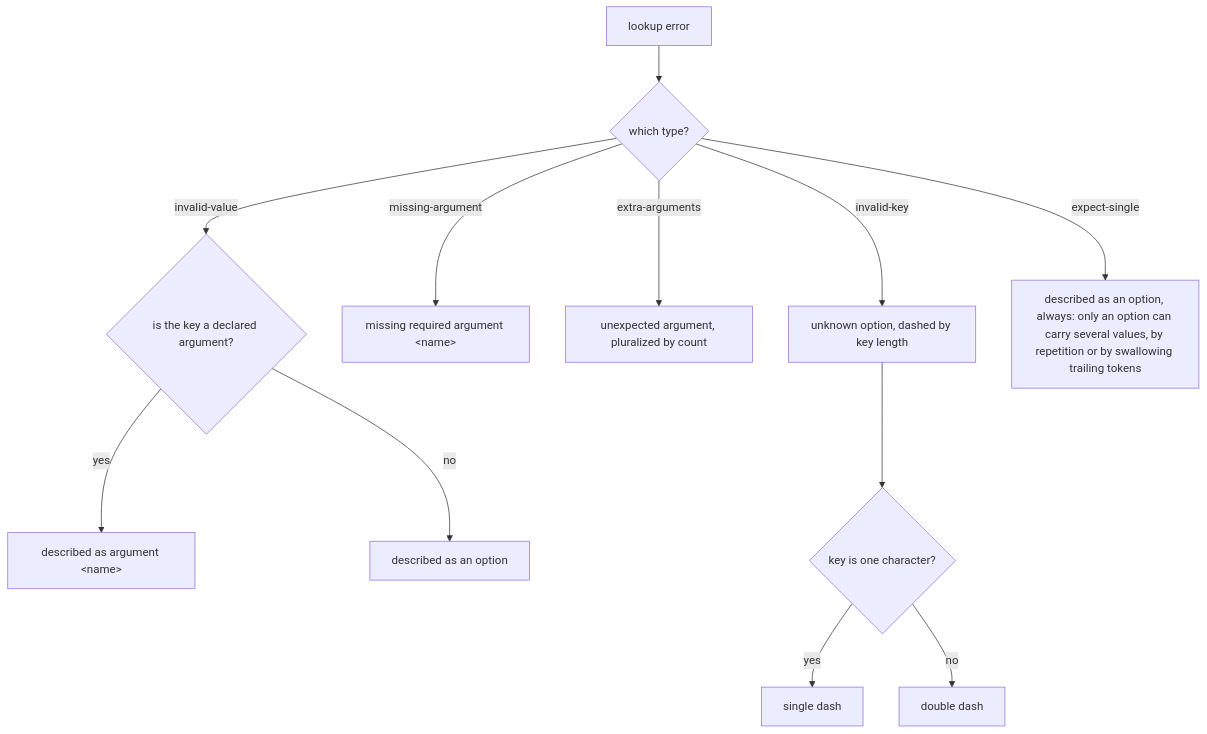
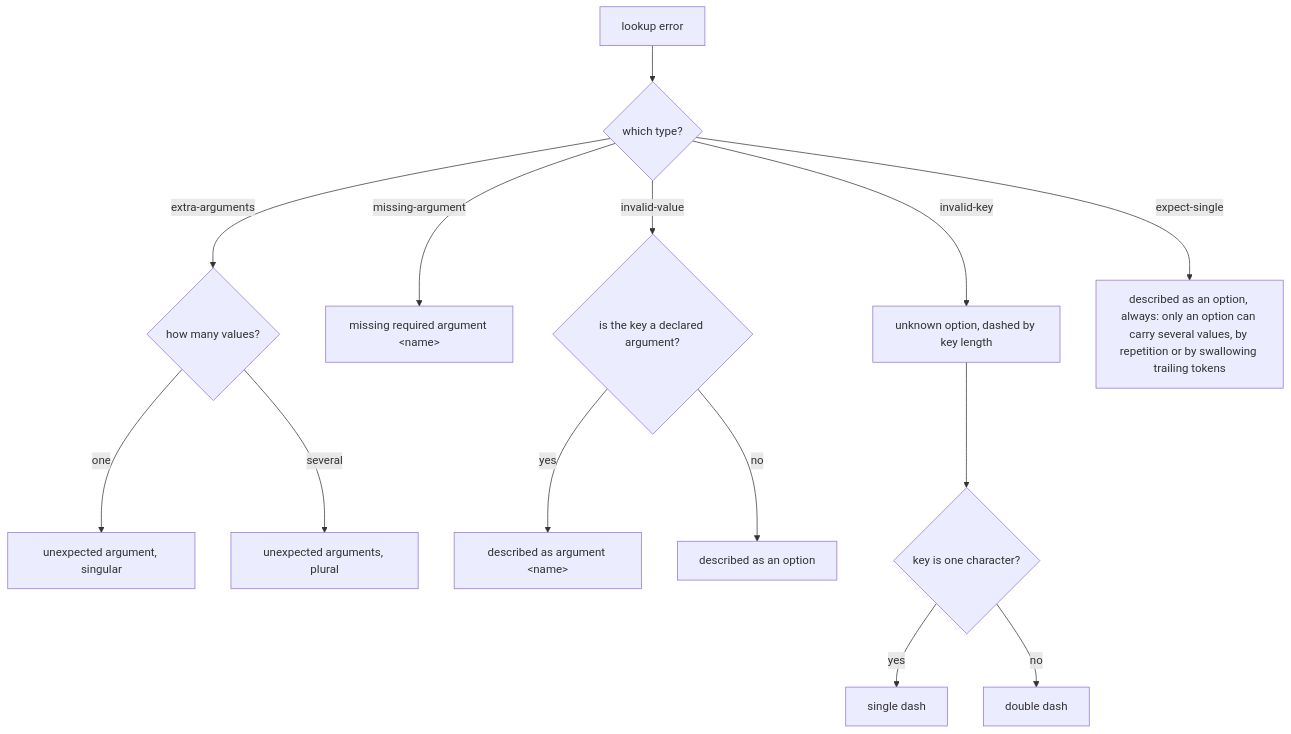
Before and after one commit to clibuilder/clibuilder: the seventh of 7 diagrams in packages/clibuilder/.agents/spec/presentation/README.md, drawn with Mermaid. The commit also changed other lines of this file and 3 other files, not shown here.

````diff
--- a/packages/clibuilder/.agents/spec/presentation/README.md
+++ b/packages/clibuilder/.agents/spec/presentation/README.md
@@ -341,14 +341,16 @@
 ```mermaid
 graph TD
   F[lookup error] --> K{which type?}
   K -- invalid-key --> IK[unknown option, dashed by key length]
   K -- missing-argument --> MA["missing required argument &lt;name&gt;"]
-  K -- extra-arguments --> EA[unexpected argument, pluralized by count]
+  K -- extra-arguments --> EA{how many values?}
+  EA -- one --> EA1[unexpected argument, singular]
+  EA -- several --> EAP[unexpected arguments, plural]
   K -- invalid-value --> IV{is the key a declared argument?}
   K -- expect-single --> ESO[described as an option, always: only an option can carry several values, by repetition or by swallowing trailing tokens]
   IV -- yes --> IVA["described as argument &lt;name&gt;"]
   IV -- no --> IVO[described as an option]
   IK --> LEN{key is one character?}
   LEN -- yes --> ONE[single dash]
   LEN -- no --> TWO[double dash]
 ```
````
